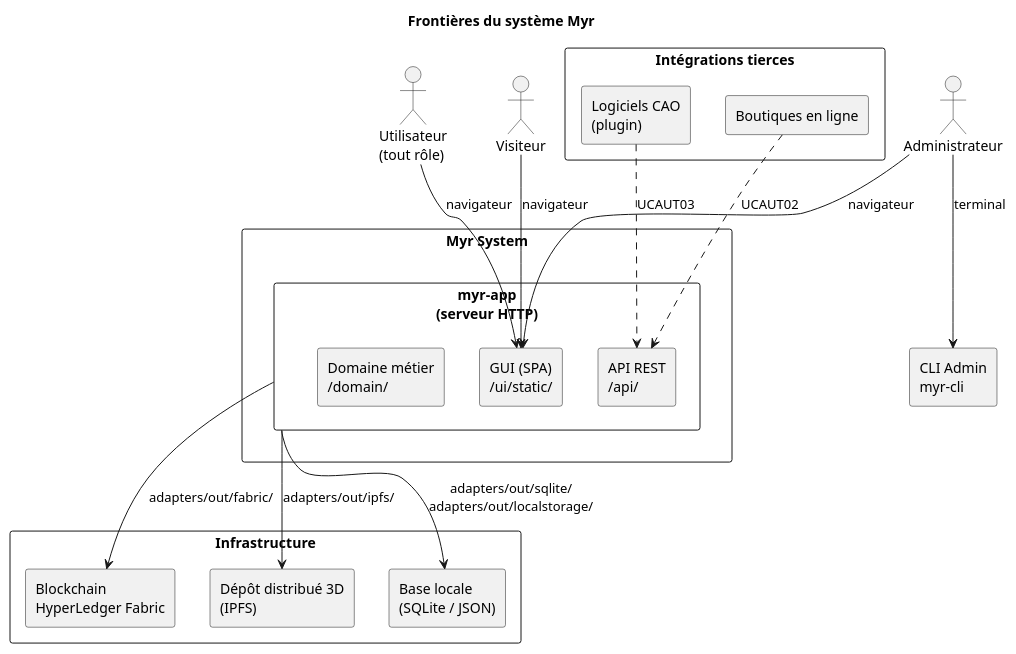
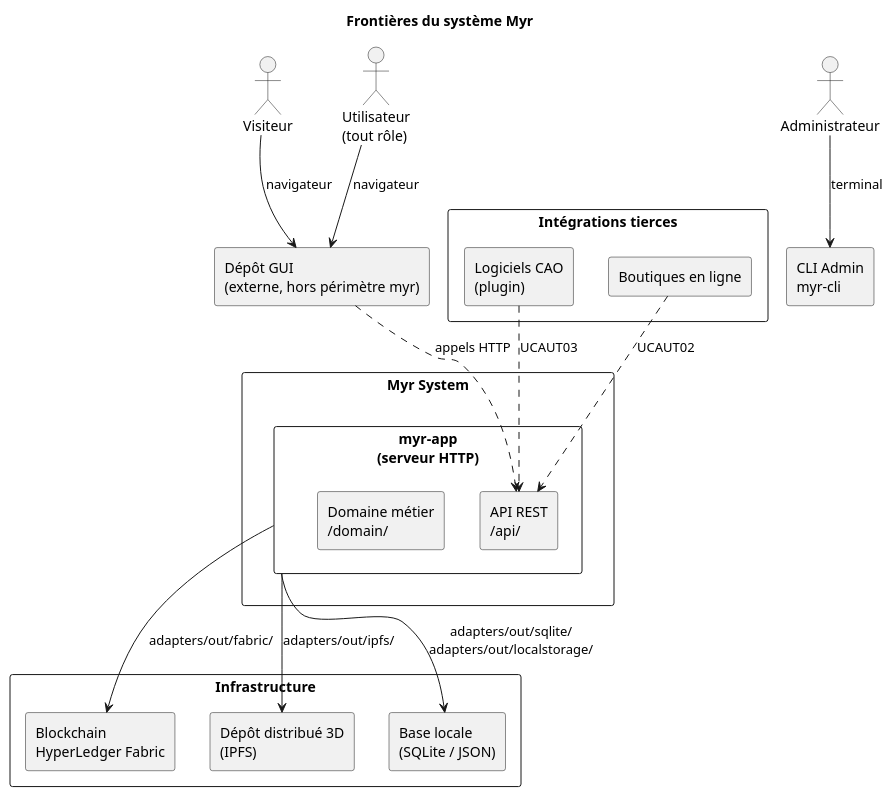
One commit to olivaux/myr changed the diagram in specs/2-Analyse/Analyse_des_besoins.md. Above: the diagram before and after it, drawn with PlantUML. The commit also changed other lines of this file and 72 other files, not shown here.

````diff
--- a/specs/2-Analyse/Analyse_des_besoins.md
+++ b/specs/2-Analyse/Analyse_des_besoins.md
@@ -141,43 +134,44 @@
 ```plantuml
 @startuml
 title Frontières du système Myr
 
 actor "Visiteur" as V
 actor "Utilisateur\n(tout rôle)" as U
 actor "Administrateur" as ADM
 
 rectangle "Myr System" {
     rectangle "myr-app\n(serveur HTTP)" as App {
-        rectangle "GUI (SPA)\n/ui/static/" as GUI
         rectangle "API REST\n/api/" as REST
         rectangle "Domaine métier\n/domain/" as Domain
     }
 }
 
 rectangle "CLI Admin\nmyr-cli" as CLI
+
+rectangle "Dépôt GUI\n(externe, hors périmètre myr)" as GUI
 
 rectangle "Infrastructure" {
     rectangle "Blockchain\nHyperLedger Fabric" as BC
     rectangle "Dépôt distribué 3D\n(IPFS)" as IPFS
     rectangle "Base locale\n(SQLite / JSON)" as DB
 }
 
 rectangle "Intégrations tierces" {
     rectangle "Logiciels CAO\n(plugin)" as CAO
     rectangle "Boutiques en ligne" as Shop
 }
 
 V --> GUI : navigateur
 U --> GUI : navigateur
-ADM --> GUI : navigateur
+GUI ..> REST : appels HTTP
 ADM --> CLI : terminal
 
 App --> BC : adapters/out/fabric/
 App --> IPFS : adapters/out/ipfs/
 App --> DB : adapters/out/sqlite/\nadapters/out/localstorage/
 
 CAO ..> REST : UCAUT03
 Shop ..> REST : UCAUT02
 
 @enduml
 ```
````
